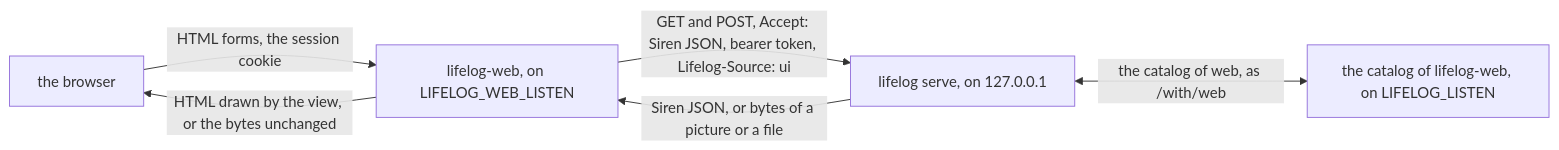
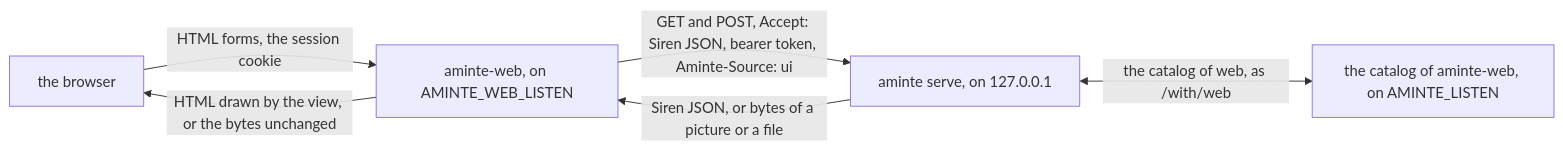
Before and after one commit to alexradunet/aminte: the first of 8 diagrams in extensions/web/README.md, drawn with Mermaid. The commit also changed other lines of this file and 554 other files, not shown here.

First line of the commit message:
rename the project from lifelog to aminte

````diff
--- a/extensions/web/README.md
+++ b/extensions/web/README.md
@@ -16,8 +16,8 @@
 ```mermaid
 flowchart LR
-  B["the browser"] -->|"HTML forms, the session cookie"| W["lifelog-web, on LIFELOG_WEB_LISTEN"]
-  W -->|"GET and POST, Accept: Siren JSON, bearer token, Lifelog-Source: ui"| C["lifelog serve, on 127.0.0.1"]
+  B["the browser"] -->|"HTML forms, the session cookie"| W["aminte-web, on AMINTE_WEB_LISTEN"]
+  W -->|"GET and POST, Accept: Siren JSON, bearer token, Aminte-Source: ui"| C["aminte serve, on 127.0.0.1"]
   C -->|"Siren JSON, or bytes of a picture or a file"| W
   W -->|"HTML drawn by the view, or the bytes unchanged"| B
-  C <-->|"the catalog of web, as /with/web"| A["the catalog of lifelog-web, on LIFELOG_LISTEN"]
+  C <-->|"the catalog of web, as /with/web"| A["the catalog of aminte-web, on AMINTE_LISTEN"]
 ```
````
